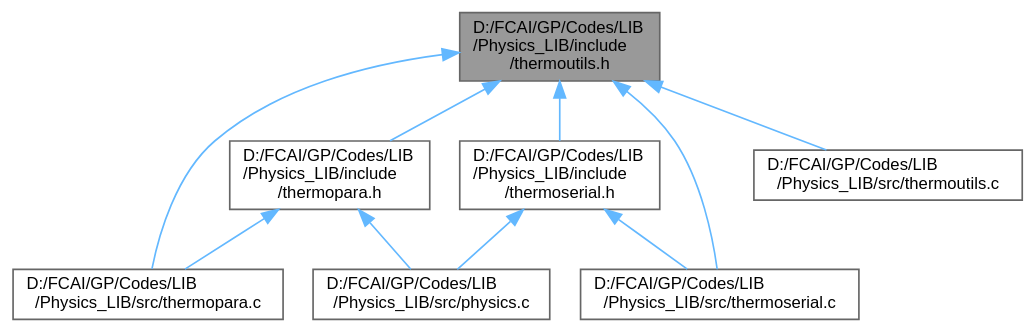
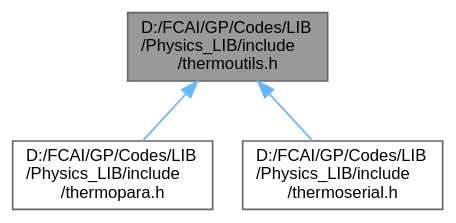
One commit to Computational-science-based-on-HPC/Computational-science-based-on-HPC.github.i changed the diagram in thermoutils_8h__dep__incl.dot. Above: the diagram before and after it, drawn with Graphviz. The commit also changed 30 other files, not shown here.

```diff
--- a/thermoutils_8h__dep__incl.dot
+++ b/thermoutils_8h__dep__incl.dot
@@ -1,23 +1,12 @@
 digraph "D:/FCAI/GP/Codes/LIB/Physics_LIB/include/thermoutils.h"
 {
  // LATEX_PDF_SIZE
   bgcolor="transparent";
   edge [fontname=Helvetica,fontsize=10,labelfontname=Helvetica,labelfontsize=10];
   node [fontname=Helvetica,fontsize=10,shape=box,height=0.2,width=0.4];
   Node1 [id="Node000001",label="D:/FCAI/GP/Codes/LIB\l/Physics_LIB/include\l/thermoutils.h",height=0.2,width=0.4,color="gray40", fillcolor="grey60", style="filled", fontcolor="black",tooltip=" "];
   Node1 -> Node2 [id="edge1_Node000001_Node000002",dir="back",color="steelblue1",style="solid",tooltip=" "];
-  Node2 [id="Node000002",label="D:/FCAI/GP/Codes/LIB\l/Physics_LIB/include\l/thermopara.h",height=0.2,width=0.4,color="grey40", fillcolor="white", style="filled",URL="$thermopara_8h.html",tooltip=" "];
-  Node2 -> Node3 [id="edge2_Node000002_Node000003",dir="back",color="steelblue1",style="solid",tooltip=" "];
-  Node3 [id="Node000003",label="D:/FCAI/GP/Codes/LIB\l/Physics_LIB/src/physics.c",height=0.2,width=0.4,color="grey40", fillcolor="white", style="filled",URL="$physics_8c.html",tooltip="This file contains collection of all simulations calls."];
-  Node2 -> Node4 [id="edge3_Node000002_Node000004",dir="back",color="steelblue1",style="solid",tooltip=" "];
-  Node4 [id="Node000004",label="D:/FCAI/GP/Codes/LIB\l/Physics_LIB/src/thermopara.c",height=0.2,width=0.4,color="grey40", fillcolor="white", style="filled",URL="$thermopara_8c.html",tooltip="This file contains the implementation of the parallel version of the heat transfer simulation in 1D a..."];
-  Node1 -> Node5 [id="edge4_Node000001_Node000005",dir="back",color="steelblue1",style="solid",tooltip=" "];
-  Node5 [id="Node000005",label="D:/FCAI/GP/Codes/LIB\l/Physics_LIB/include\l/thermoserial.h",height=0.2,width=0.4,color="grey40", fillcolor="white", style="filled",URL="$thermoserial_8h.html",tooltip=" "];
-  Node5 -> Node3 [id="edge5_Node000005_Node000003",dir="back",color="steelblue1",style="solid",tooltip=" "];
-  Node5 -> Node6 [id="edge6_Node000005_Node000006",dir="back",color="steelblue1",style="solid",tooltip=" "];
-  Node6 [id="Node000006",label="D:/FCAI/GP/Codes/LIB\l/Physics_LIB/src/thermoserial.c",height=0.2,width=0.4,color="grey40", fillcolor="white", style="filled",URL="$thermoserial_8c.html",tooltip="This file contains the implementation of the serial version of the heat transfer simulation in 1D and..."];
-  Node1 -> Node4 [id="edge7_Node000001_Node000004",dir="back",color="steelblue1",style="solid",tooltip=" "];
-  Node1 -> Node6 [id="edge8_Node000001_Node000006",dir="back",color="steelblue1",style="solid",tooltip=" "];
-  Node1 -> Node7 [id="edge9_Node000001_Node000007",dir="back",color="steelblue1",style="solid",tooltip=" "];
-  Node7 [id="Node000007",label="D:/FCAI/GP/Codes/LIB\l/Physics_LIB/src/thermoutils.c",height=0.2,width=0.4,color="grey40", fillcolor="white", style="filled",URL="$thermoutils_8c.html",tooltip=" "];
+  Node2 [id="Node000002",label="D:/FCAI/GP/Codes/LIB\l/Physics_LIB/include\l/thermopara.h",height=0.2,width=0.4,color="grey40", fillcolor="white", style="filled",URL="$thermopara_8h.html",tooltip="This file contains the implementation of the parallel version of the heat transfer simulation in 1D a..."];
+  Node1 -> Node3 [id="edge2_Node000001_Node000003",dir="back",color="steelblue1",style="solid",tooltip=" "];
+  Node3 [id="Node000003",label="D:/FCAI/GP/Codes/LIB\l/Physics_LIB/include\l/thermoserial.h",height=0.2,width=0.4,color="grey40", fillcolor="white", style="filled",URL="$thermoserial_8h.html",tooltip="This file contains the implementation of the serial version of the heat transfer simulation in 1D and..."];
 }
```
